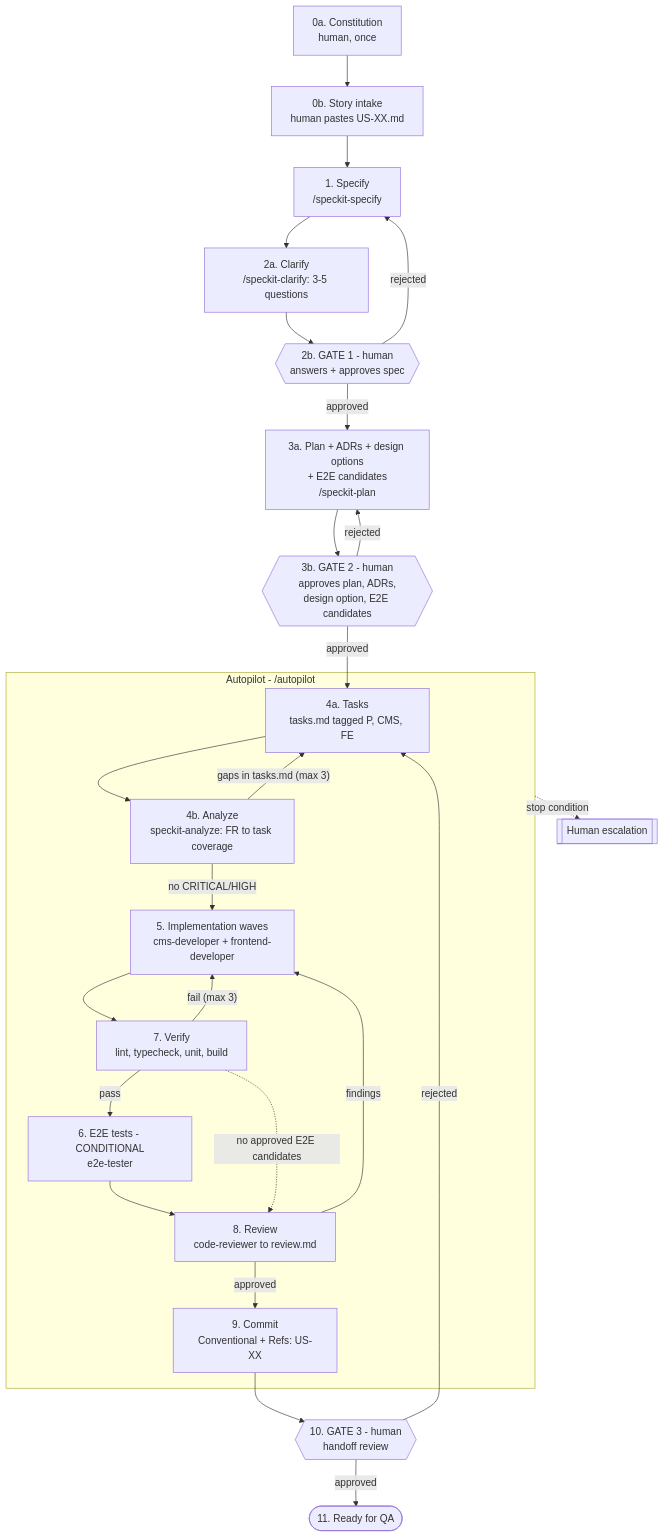
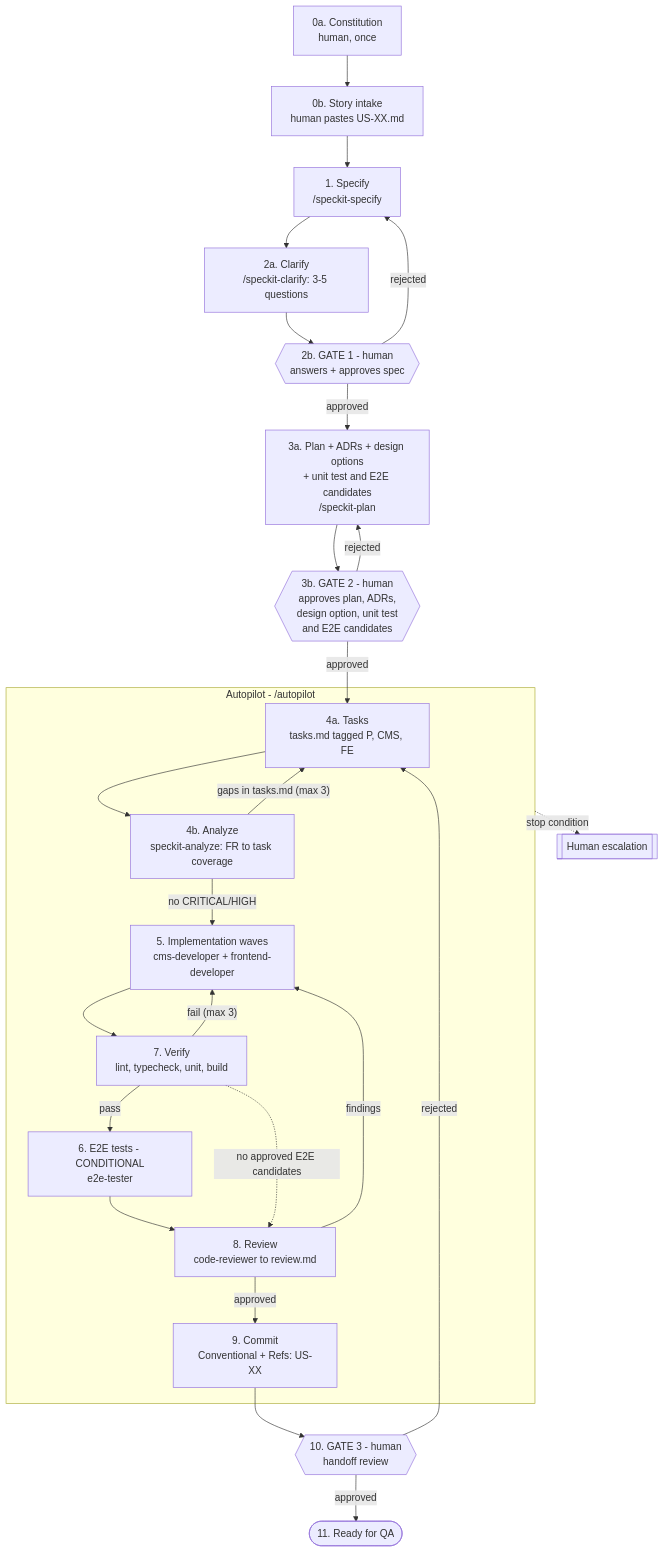
One commit to quijotex/insurance-multiregion-app changed the diagram in FLOW.md. Above: the diagram before and after it, drawn with Mermaid. The commit also changed other lines of this file and 5 other files, not shown here.

First line of the commit message:
docs(flow): propose unit tests at Gate 2 like E2E candidates

````diff
--- a/FLOW.md
+++ b/FLOW.md
@@ -19,31 +19,31 @@
 ```mermaid
 flowchart TD
     S0a["0a. Constitution<br/>human, once"] --> S0b
     S0b["0b. Story intake<br/>human pastes US-XX.md"] --> S1
     S1["1. Specify<br/>/speckit-specify"] --> S2a
     S2a["2a. Clarify<br/>/speckit-clarify: 3-5 questions"] --> S2b
     S2b{{"2b. GATE 1 - human<br/>answers + approves spec"}}
     S2b -- rejected --> S1
     S2b -- approved --> S3a
-    S3a["3a. Plan + ADRs + design options<br/>+ E2E candidates<br/>/speckit-plan"] --> S3b
-    S3b{{"3b. GATE 2 - human<br/>approves plan, ADRs,<br/>design option, E2E candidates"}}
+    S3a["3a. Plan + ADRs + design options<br/>+ unit test and E2E candidates<br/>/speckit-plan"] --> S3b
+    S3b{{"3b. GATE 2 - human<br/>approves plan, ADRs,<br/>design option, unit test<br/>and E2E candidates"}}
     S3b -- rejected --> S3a
     S3b -- approved --> S4
     subgraph AUTO ["Autopilot - /autopilot"]
       S4["4a. Tasks<br/>tasks.md tagged P, CMS, FE"] --> S4b
       S4b["4b. Analyze<br/>speckit-analyze: FR to task coverage"] -- "gaps in tasks.md (max 3)" --> S4
       S4b -- "no CRITICAL/HIGH" --> S5
       S5["5. Implementation waves<br/>cms-developer + frontend-developer"] --> S7
       S7["7. Verify<br/>lint, typecheck, unit, build"] -- "fail (max 3)" --> S5
       S7 -- pass --> S6
       S6["6. E2E tests - CONDITIONAL<br/>e2e-tester"] --> S8
       S7 -. "no approved E2E candidates" .-> S8
       S8["8. Review<br/>code-reviewer to review.md"] -- findings --> S5
       S8 -- approved --> S9
       S9["9. Commit<br/>Conventional + Refs: US-XX"]
     end
     S9 --> S10{{"10. GATE 3 - human<br/>handoff review"}}
     S10 -- rejected --> S4
     S10 -- approved --> S11(["11. Ready for QA"])
     AUTO -. "stop condition" .-> H[["Human escalation"]]
 ```
````
